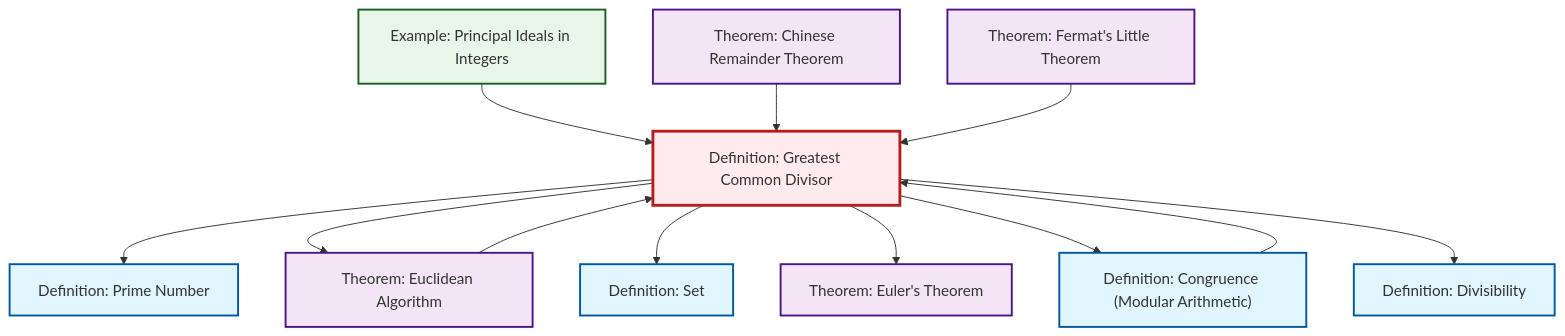
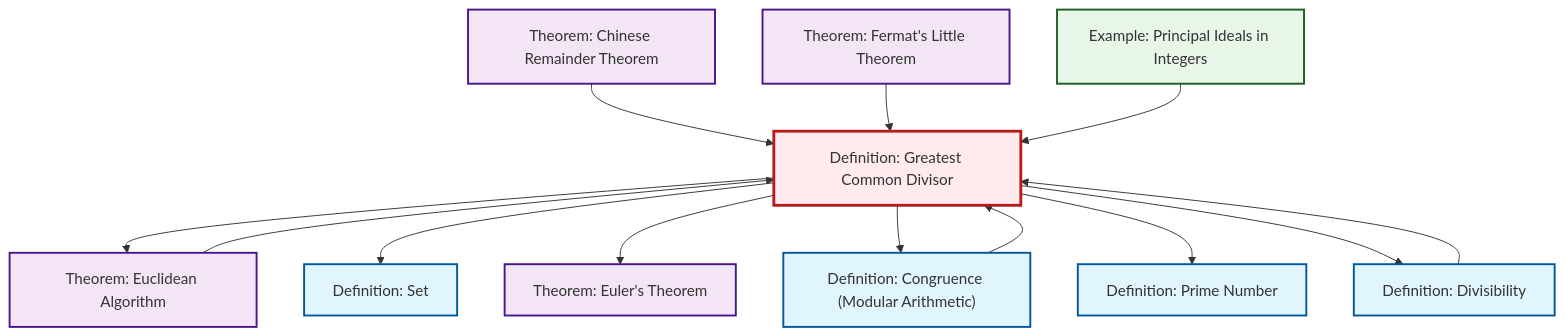
Before and after one commit to RK0429/ModernMath: the second of 2 diagrams in content/ja/number-theory/def-gcd.qmd, drawn with Mermaid. The commit also changed 531 other files, not shown here.

````diff
--- a/content/ja/number-theory/def-gcd.qmd
+++ b/content/ja/number-theory/def-gcd.qmd
@@ -86,40 +86,41 @@
 ```{mermaid}
 %%| fig-cap: "Local dependency graph"
 graph TD
     classDef definition fill:#e1f5fe,stroke:#01579b,stroke-width:2px
     classDef theorem fill:#f3e5f5,stroke:#4a148c,stroke-width:2px
     classDef axiom fill:#fff3e0,stroke:#e65100,stroke-width:2px
     classDef example fill:#e8f5e9,stroke:#1b5e20,stroke-width:2px
     classDef current fill:#ffebee,stroke:#b71c1c,stroke-width:3px
-    def-prime["Definition: Prime Number"]:::definition
-    def-gcd["Definition: Greatest Common Divisor"]:::definition
+    thm-chinese-remainder["Theorem: Chinese Remainder Theorem"]:::theorem
+    def-divisibility["Definition: Divisibility"]:::definition
     def-set["Definition: Set"]:::definition
-    ex-principal-ideal["Example: Principal Ideals in Integers"]:::example
-    def-divisibility["Definition: Divisibility"]:::definition
-    thm-chinese-remainder["Theorem: Chinese Remainder Theorem"]:::theorem
-    def-congruence["Definition: Congruence (Modular Arithmetic)"]:::definition
     thm-euler["Theorem: Euler's Theorem"]:::theorem
     thm-fermat-little["Theorem: Fermat's Little Theorem"]:::theorem
+    def-congruence["Definition: Congruence (Modular Arithmetic)"]:::definition
+    def-gcd["Definition: Greatest Common Divisor"]:::definition
+    def-prime["Definition: Prime Number"]:::definition
+    ex-principal-ideal["Example: Principal Ideals in Integers"]:::example
     thm-euclidean-algorithm["Theorem: Euclidean Algorithm"]:::theorem
+    def-gcd --> thm-euclidean-algorithm
+    def-gcd --> def-set
+    def-gcd --> thm-euler
+    def-congruence --> def-gcd
+    def-gcd --> def-congruence
+    def-gcd --> def-prime
     thm-euclidean-algorithm --> def-gcd
-    def-gcd --> def-prime
-    def-gcd --> thm-euclidean-algorithm
-    def-congruence --> def-gcd
+    thm-chinese-remainder --> def-gcd
+    def-gcd --> def-divisibility
+    def-divisibility --> def-gcd
+    thm-fermat-little --> def-gcd
     ex-principal-ideal --> def-gcd
-    def-gcd --> def-set
-    thm-chinese-remainder --> def-gcd
-    thm-fermat-little --> def-gcd
-    def-gcd --> thm-euler
-    def-gcd --> def-congruence
-    def-gcd --> def-divisibility
     class def-gcd current
-    click def-prime "def-prime.html" "Definition: Prime Numberへ"
+    click thm-chinese-remainder "thm-chinese-remainder.html" "Theorem: Chinese Remainder Theoremへ"
+    click def-divisibility "def-divisibility.html" "Definition: Divisibilityへ"
     click def-set "def-set.html" "Definition: Setへ"
-    click ex-principal-ideal "ex-principal-ideal.html" "Example: Principal Ideals in Integersへ"
-    click def-divisibility "def-divisibility.html" "Definition: Divisibilityへ"
-    click thm-chinese-remainder "thm-chinese-remainder.html" "Theorem: Chinese Remainder Theoremへ"
-    click def-congruence "def-congruence.html" "Definition: Congruence (Modular Arithmetic)へ"
     click thm-euler "thm-euler.html" "Theorem: Euler's Theoremへ"
     click thm-fermat-little "thm-fermat-little.html" "Theorem: Fermat's Little Theoremへ"
+    click def-congruence "def-congruence.html" "Definition: Congruence (Modular Arithmetic)へ"
+    click def-prime "def-prime.html" "Definition: Prime Numberへ"
+    click ex-principal-ideal "ex-principal-ideal.html" "Example: Principal Ideals in Integersへ"
     click thm-euclidean-algorithm "thm-euclidean-algorithm.html" "Theorem: Euclidean Algorithmへ"
 ```
````
